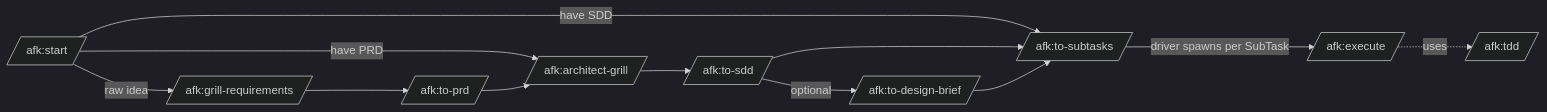
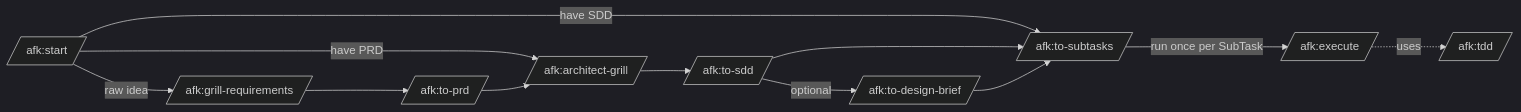
The diagram in skills/start/SKILL.md (midnightblur/afk-driver), drawn with Mermaid (dark theme) before and after one commit. The commit also changed other lines of this file and 82 other files, not shown here.

````diff
--- a/skills/start/SKILL.md
+++ b/skills/start/SKILL.md
@@ -20,12 +20,12 @@
    ```mermaid
    graph LR
        Start[/afk:start/] -->|raw idea| Grill[/afk:grill-requirements/]
        Start -->|have PRD| AG[/afk:architect-grill/]
        Start -->|have SDD| Sub[/afk:to-subtasks/]
        Grill --> Prd[/afk:to-prd/] --> AG --> Sdd[/afk:to-sdd/]
        Sdd -->|optional| Brief[/afk:to-design-brief/]
        Sdd --> Sub
        Brief --> Sub
-       Sub -->|driver spawns per SubTask| Exec[/afk:execute/]
+       Sub -->|run once per SubTask| Exec[/afk:execute/]
        Exec -.uses.-> Tdd[/afk:tdd/]
    ```
````
